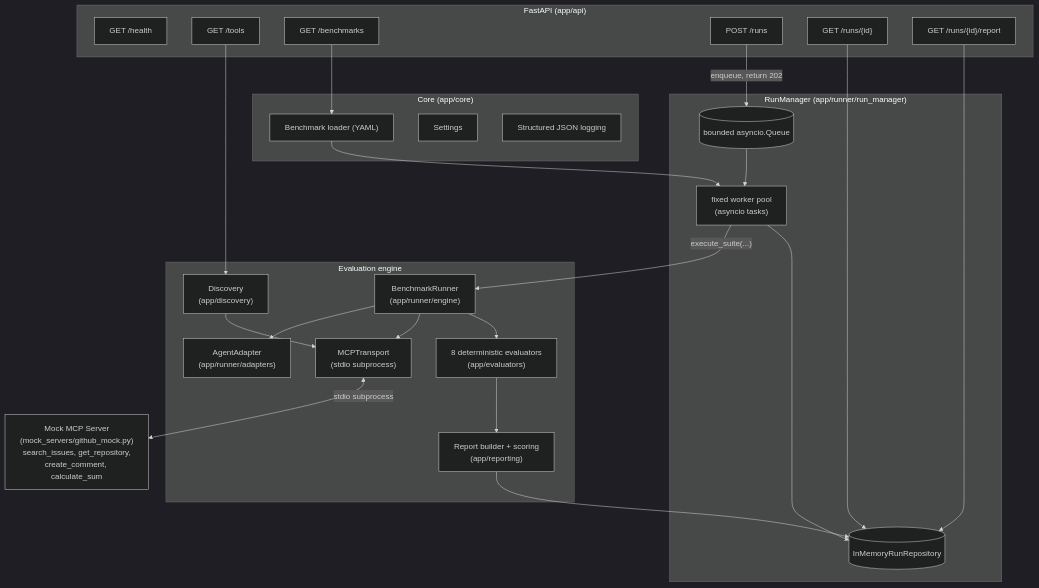
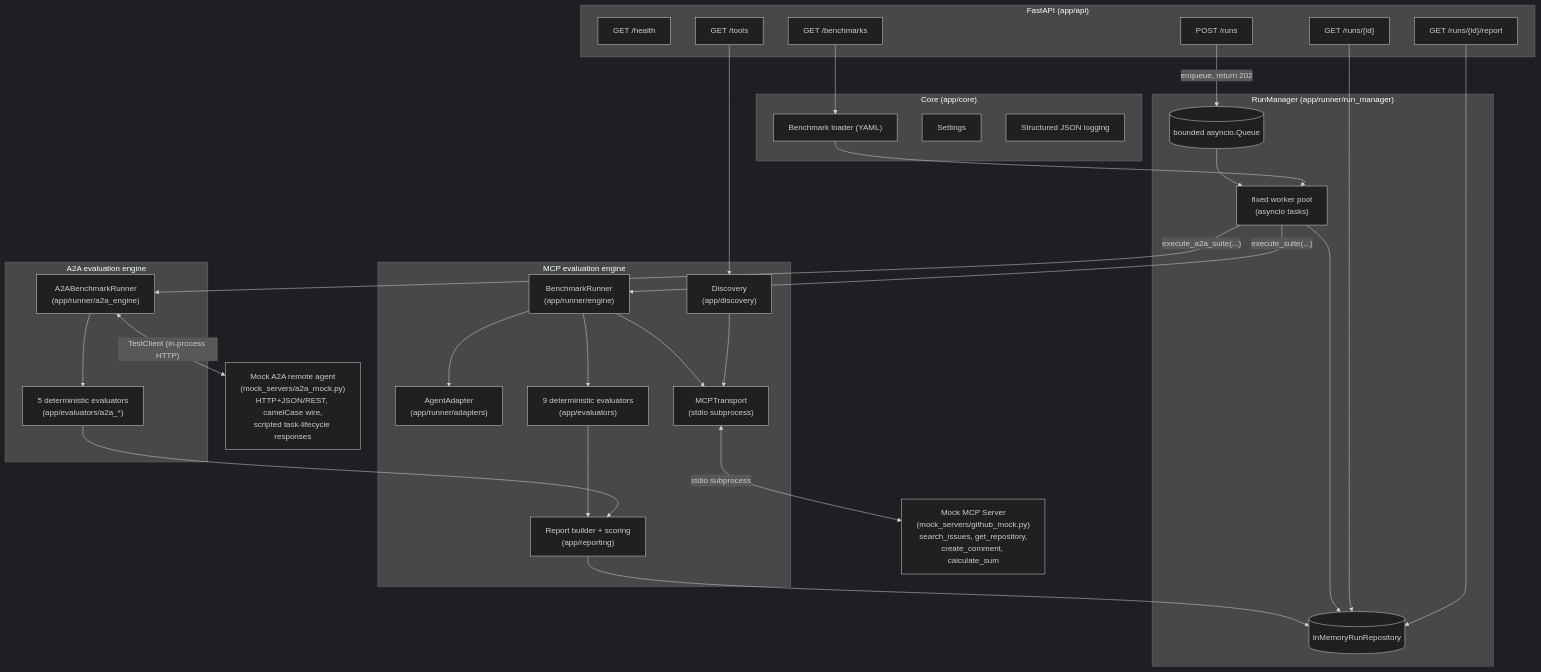
Before and after one commit to ArpanKumarM/agent-interop-bench: the diagram in README.md, drawn with Mermaid (dark theme). The commit also changed other lines of this file and 3 other files, not shown here.

````diff
--- a/README.md
+++ b/README.md
@@ -62,51 +108,62 @@
 ```mermaid
 flowchart TB
     subgraph API["FastAPI (app/api)"]
         H["GET /health"]
         T["GET /tools"]
         B["GET /benchmarks"]
         R1["POST /runs"]
         R2["GET /runs/{id}"]
         R3["GET /runs/{id}/report"]
     end
 
     subgraph RM["RunManager (app/runner/run_manager)"]
         Queue[("bounded asyncio.Queue")]
         Workers["fixed worker pool\n(asyncio tasks)"]
         Repo[("InMemoryRunRepository")]
     end
 
     subgraph Core["Core (app/core)"]
         Loader["Benchmark loader (YAML)"]
         Config["Settings"]
         Log["Structured JSON logging"]
     end
 
-    subgraph Engine["Evaluation engine"]
+    subgraph Engine["MCP evaluation engine"]
         Discovery["Discovery\n(app/discovery)"]
         Adapter["AgentAdapter\n(app/runner/adapters)"]
         Runner["BenchmarkRunner\n(app/runner/engine)"]
         Transport["MCPTransport\n(stdio subprocess)"]
-        Evaluators["8 deterministic evaluators\n(app/evaluators)"]
+        Evaluators["9 deterministic evaluators\n(app/evaluators)"]
         Reporting["Report builder + scoring\n(app/reporting)"]
     end
 
     Mock["Mock MCP Server\n(mock_servers/github_mock.py)\nsearch_issues, get_repository,\ncreate_comment, calculate_sum"]
 
+    subgraph A2AEngine["A2A evaluation engine"]
+        A2ARunner["A2ABenchmarkRunner\n(app/runner/a2a_engine)"]
+        A2AEval["5 deterministic evaluators\n(app/evaluators/a2a_*)"]
+    end
+
+    A2AMock["Mock A2A remote agent\n(mock_servers/a2a_mock.py)\nHTTP+JSON/REST, camelCase wire,\nscripted task-lifecycle responses"]
+
     R1 -->|"enqueue, return 202"| Queue
     Queue --> Workers
     Workers -->|"execute_suite(...)"| Runner
+    Workers -->|"execute_a2a_suite(...)"| A2ARunner
     Loader --> Workers
     Runner --> Adapter
     Runner --> Transport
     Discovery --> Transport
     Transport <-->|stdio subprocess| Mock
     Runner --> Evaluators
     Evaluators --> Reporting
+    A2ARunner <-->|"TestClient (in-process HTTP)"| A2AMock
+    A2ARunner --> A2AEval
+    A2AEval --> Reporting
     Reporting --> Repo
     Workers --> Repo
     R2 --> Repo
     R3 --> Repo
     T --> Discovery
     B --> Loader
 ```
````
